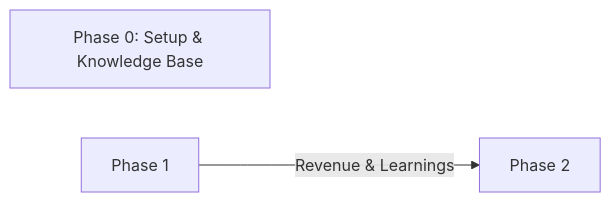
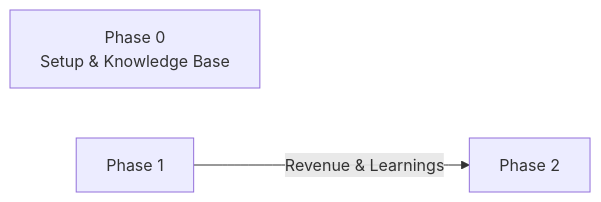
One commit to wahidyankf/open-sharia-enterprise changed diagram 32 of 41 in governance/conventions/formatting/diagrams.md. Above: the diagram before and after it, drawn with Mermaid. The commit also changed other lines of this file, not shown here.

First line of the commit message:
fix(governance): clarify br as line-break alternative to \n in Mermaid

````diff
--- a/governance/conventions/formatting/diagrams.md
+++ b/governance/conventions/formatting/diagrams.md
@@ -1468,5 +1468,5 @@
 ```mermaid
 graph LR
-    P0["Phase 0: Setup & Knowledge Base"]:::blue
+    P0["Phase 0<br/>Setup & Knowledge Base"]:::blue
     P1["Phase 1"] -->|"Revenue & Learnings"| P2["Phase 2"]
 ```
````
